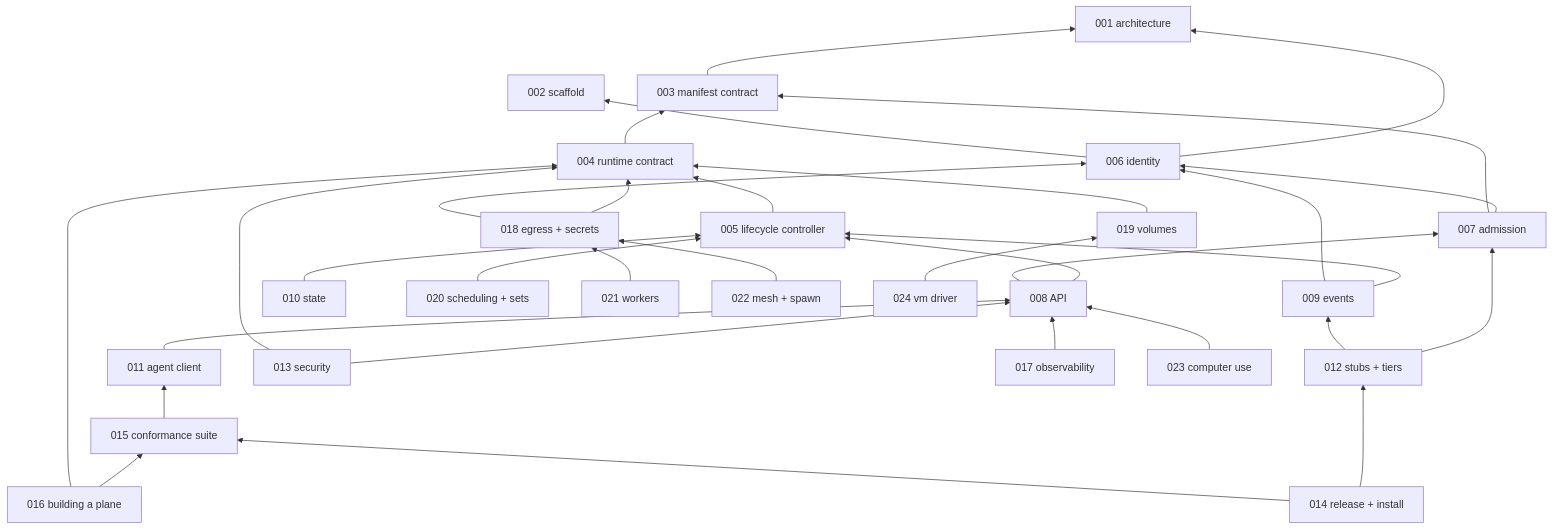
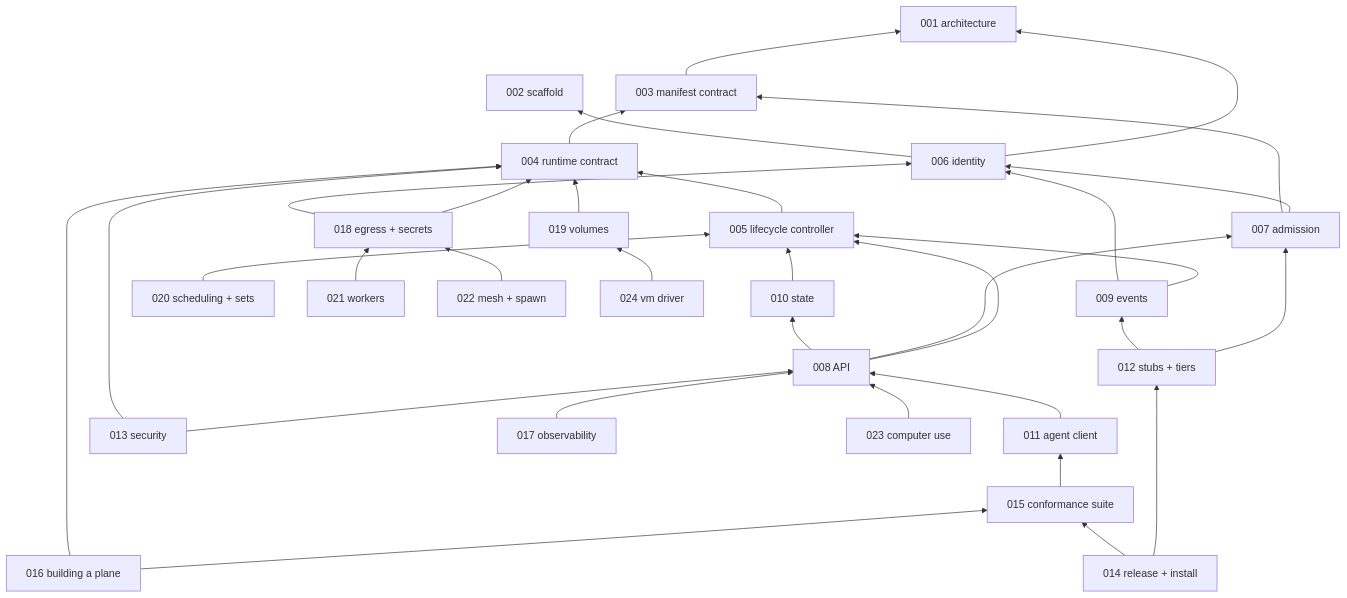
Before and after one commit to latere-ai/cella: the second of 2 diagrams in specs/README.md, drawn with Mermaid. The commit also changed other lines of this file and 5 other files, not shown here.

````diff
--- a/specs/README.md
+++ b/specs/README.md
@@ -82,58 +82,59 @@
 ```mermaid
 flowchart BT
   S001[001 architecture]
   S002[002 scaffold]
   S003[003 manifest contract]
   S004[004 runtime contract]
   S005[005 lifecycle controller]
   S006[006 identity]
   S007[007 admission]
   S008[008 API]
   S009[009 events]
   S010[010 state]
   S011[011 agent client]
   S012[012 stubs + tiers]
   S013[013 security]
   S014[014 release + install]
   S015[015 conformance suite]
   S016[016 building a plane]
   S017[017 observability]
   S018[018 egress + secrets]
   S019[019 volumes]
   S020[020 scheduling + sets]
   S021[021 workers]
   S022[022 mesh + spawn]
   S023[023 computer use]
   S024[024 vm driver]
   S003 --> S001
   S004 --> S003
   S005 --> S004
   S006 --> S001
   S006 --> S002
   S007 --> S006
   S007 --> S003
   S008 --> S005
   S008 --> S007
+  S008 --> S010
   S009 --> S005
   S009 --> S006
   S010 --> S005
   S011 --> S008
   S012 --> S007
   S012 --> S009
   S013 --> S008
   S013 --> S004
   S014 --> S012
   S014 --> S015
   S015 --> S011
   S016 --> S015
   S016 --> S004
   S017 --> S008
   S018 --> S004
   S018 --> S006
   S019 --> S004
   S020 --> S005
   S021 --> S018
   S022 --> S018
   S023 --> S008
   S024 --> S019
 ```
````
